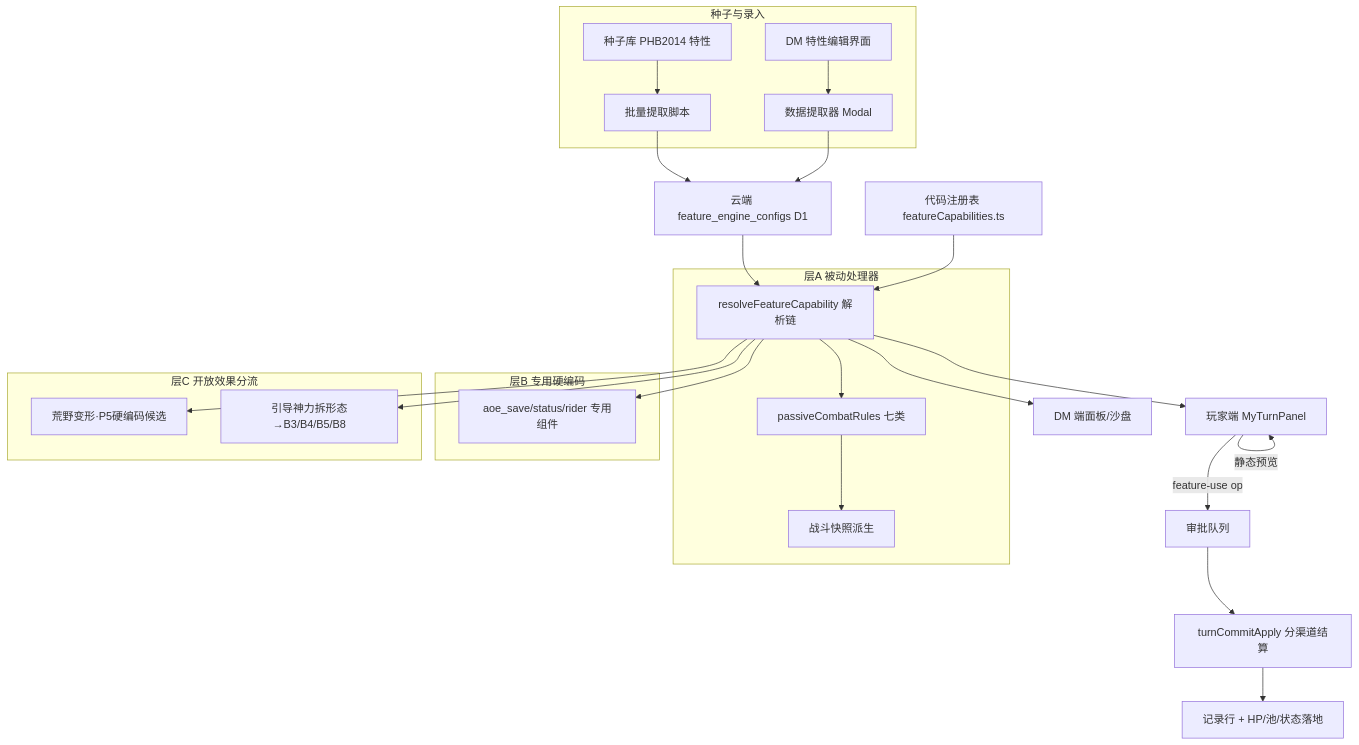
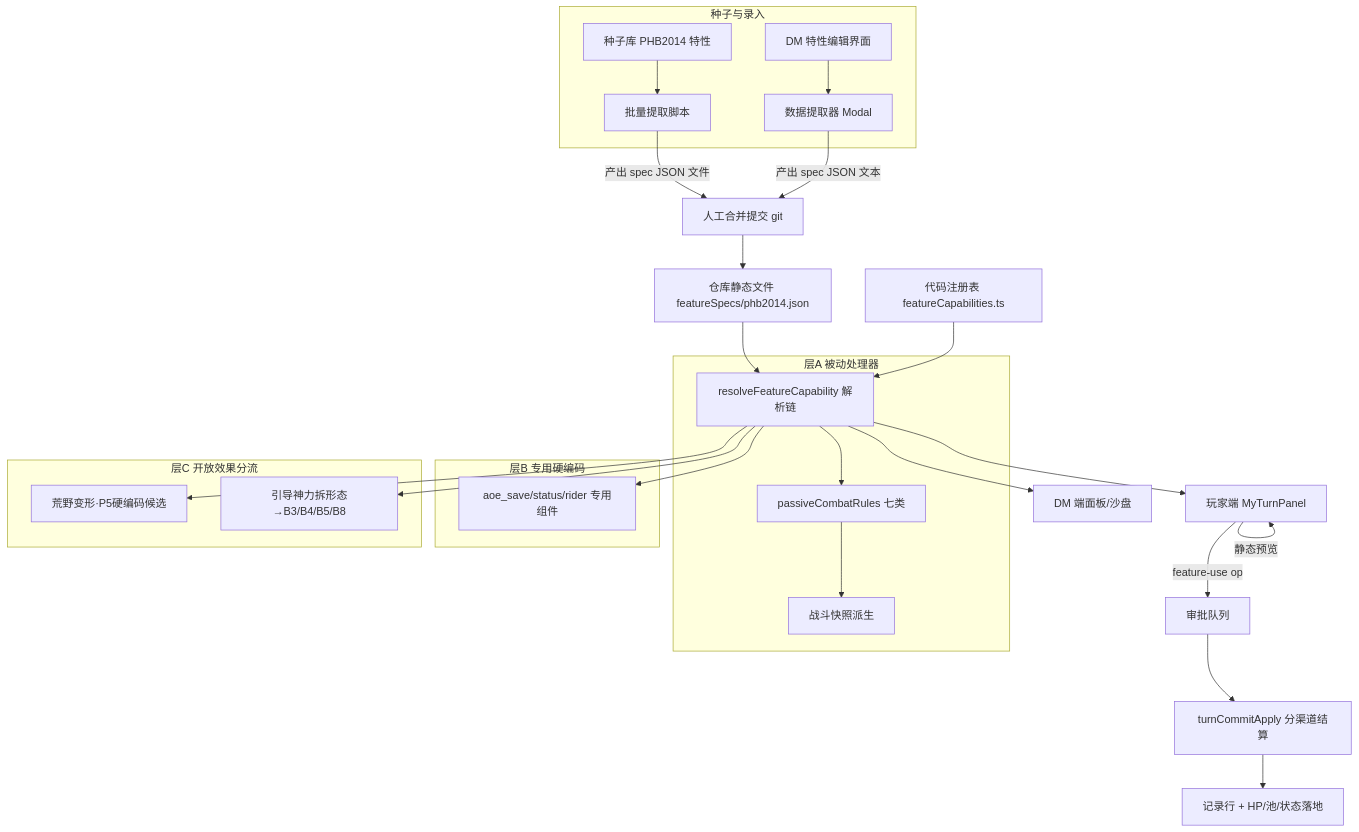
Before and after one commit to Romand0/DND-new: the diagram in .monkeycode/specs/skill-fullcycle-engine/design.md, drawn with Mermaid. The commit also changed other lines of this file and 1 other file, not shown here.

````diff
--- a/.monkeycode/specs/skill-fullcycle-engine/design.md
+++ b/.monkeycode/specs/skill-fullcycle-engine/design.md
@@ -19,28 +20,29 @@
 ```mermaid
 graph TD
     subgraph 种子与录入
         SEED[种子库 PHB2014 特性] --> BATCH[批量提取脚本]
         DMEDIT[DM 特性编辑界面] --> EXTRACT[数据提取器 Modal]
     end
-    EXTRACT --> CONF
-    BATCH --> CONF
-    CONF[云端 feature_engine_configs D1] --> RESOLVE
+    EXTRACT -->|产出 spec JSON 文本| COMMIT[人工合并提交 git]
+    BATCH -->|产出 spec JSON 文件| COMMIT
+    COMMIT --> SPEC[仓库静态文件 featureSpecs/phb2014.json]
     REG[代码注册表 featureCapabilities.ts] --> RESOLVE
+    SPEC --> RESOLVE
     RESOLVE[resolveFeatureCapability 解析链] --> PLAYER[玩家端 MyTurnPanel]
     RESOLVE --> DMSIDE[DM 端面板/沙盘]
     PLAYER -->|静态预览| PLAYER
     PLAYER -->|feature-use op| QUEUE[审批队列]
     QUEUE --> APPLY[turnCommitApply 分渠道结算]
     APPLY --> RECORD[记录行 + HP/池/状态落地]
     subgraph 层A 被动处理器
         RESOLVE --> PASSIVE[passiveCombatRules 七类]
         PASSIVE --> SNAP[战斗快照派生]
     end
     subgraph 层B 专用硬编码
         RESOLVE --> SPECIAL[aoe_save/status/rider 专用组件]
     end
     subgraph 层C 开放效果分流
         RESOLVE --> SPLIT["引导神力拆形态→B3/B4/B5/B8"]
         RESOLVE --> WILD["荒野变形·P5硬编码候选"]
     end
 ```
````
